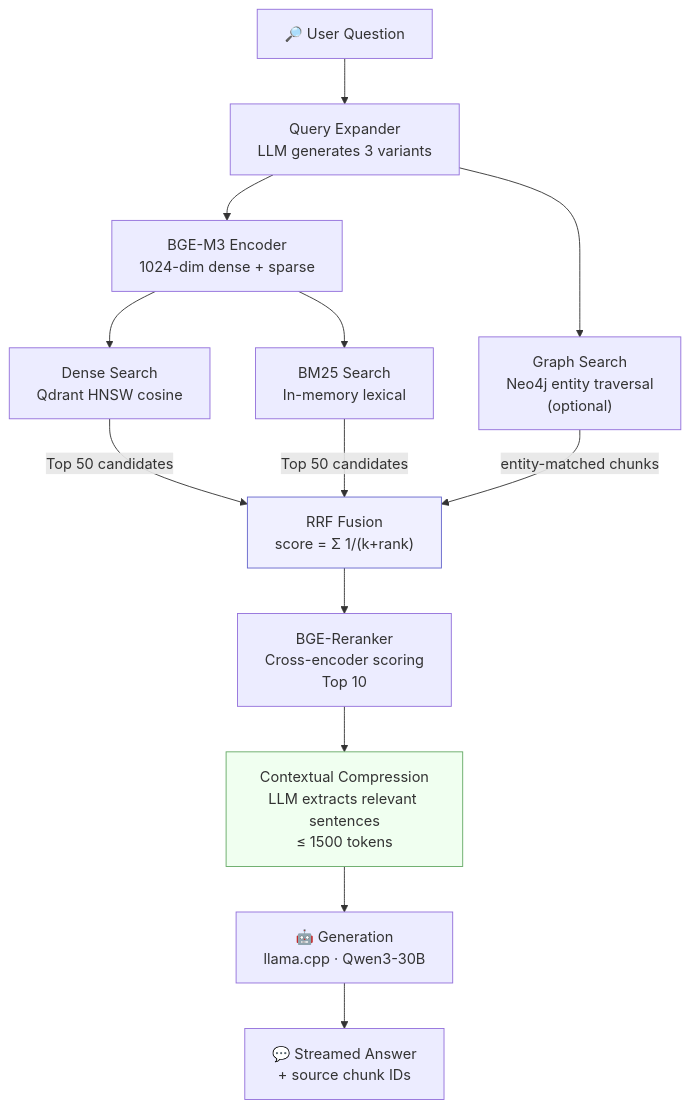
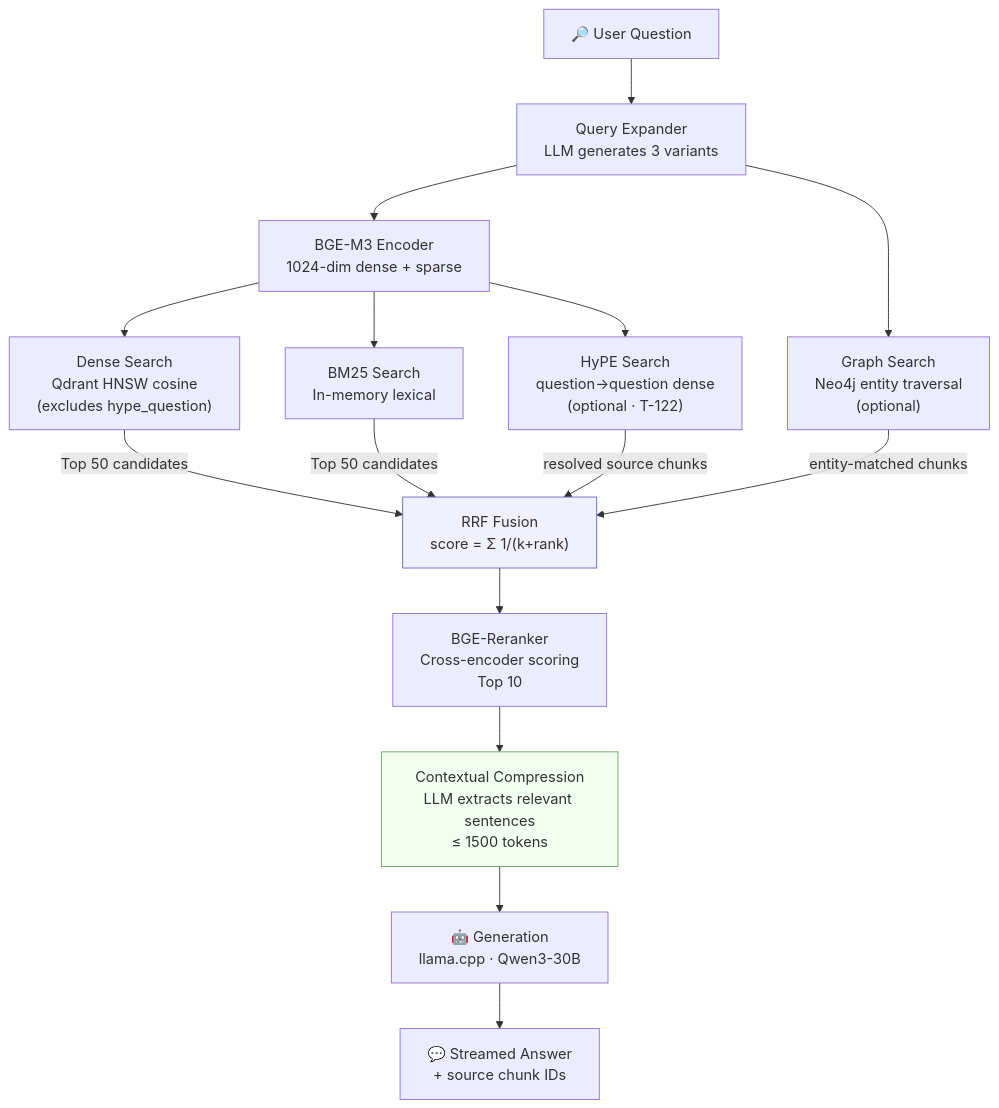
The seventh of 10 diagrams in README.md (ealbertoav/rag_platform), drawn with Mermaid before and after one commit. The commit also changed other lines of this file and 18 other files, not shown here.

````diff
--- a/README.md
+++ b/README.md
@@ -1120,21 +1156,23 @@
 ```mermaid
 flowchart TD
     Q["🔎 User Question"] --> QE["Query Expander<br/>LLM generates 3 variants"]
     QE --> EMB["BGE-M3 Encoder<br/>1024-dim dense + sparse"]
 
-    EMB --> DS["Dense Search<br/>Qdrant HNSW cosine"]
+    EMB --> DS["Dense Search<br/>Qdrant HNSW cosine<br/>(excludes hype_question)"]
     EMB --> BS["BM25 Search<br/>In-memory lexical"]
+    EMB --> HS["HyPE Search<br/>question→question dense<br/>(optional · T-122)"]
     QE --> GS["Graph Search<br/>Neo4j entity traversal<br/>(optional)"]
 
     DS -->|Top 50 candidates| RRF["RRF Fusion<br/>score = Σ 1/(k+rank)"]
     BS -->|Top 50 candidates| RRF
+    HS -->|resolved source chunks| RRF
     GS -->|entity-matched chunks| RRF
 
     RRF --> RR["BGE-Reranker<br/>Cross-encoder scoring<br/>Top 10"]
     RR --> CTX["Contextual Compression<br/>LLM extracts relevant sentences<br/>≤ 1500 tokens"]
     CTX --> GEN["🤖 Generation<br/>llama.cpp · Qwen3-30B"]
     GEN --> ANS["💬 Streamed Answer<br/>+ source chunk IDs"]
 
     style RRF fill:#f0f0ff,stroke:#6666cc
     style CTX fill:#f0fff0,stroke:#66aa66
 ```
````
